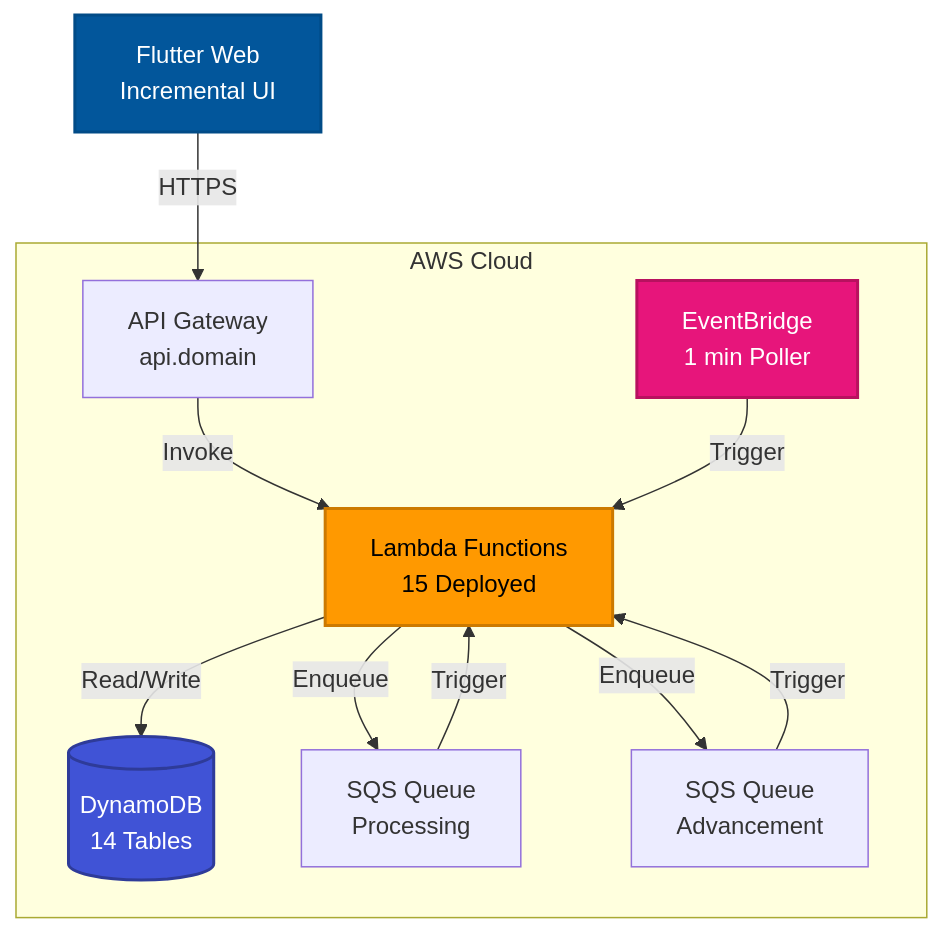
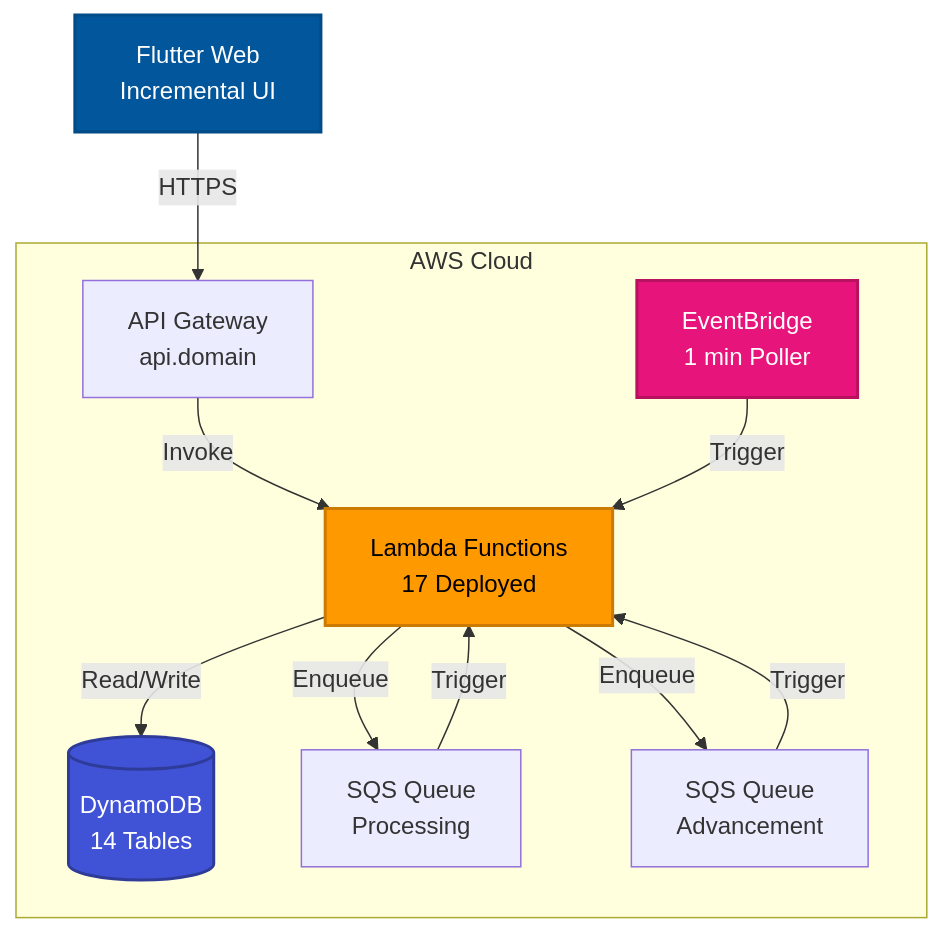
One commit to darkrelics/eidolon-engine changed the first of 7 diagrams in documentation/architecture.md. Above: the diagram before and after it, drawn with Mermaid. The commit also changed other lines of this file and 17 other files, not shown here.

````diff
--- a/documentation/architecture.md
+++ b/documentation/architecture.md
@@ -13,27 +13,27 @@
 ```mermaid
 graph TB
     Flutter[Flutter Web<br/>Incremental UI]
 
     subgraph "AWS Cloud"
         APIGW[API Gateway<br/>api.domain]
-        Lambda[Lambda Functions<br/>15 Deployed]
+        Lambda[Lambda Functions<br/>17 Deployed]
         DynamoDB[(DynamoDB<br/>14 Tables)]
         EventBridge[EventBridge<br/>1 min Poller]
         ProcessQ[SQS Queue<br/>Processing]
         AdvanceQ[SQS Queue<br/>Advancement]
     end
 
     Flutter -->|HTTPS| APIGW
     APIGW -->|Invoke| Lambda
     Lambda -->|Read/Write| DynamoDB
     Lambda -->|Enqueue| ProcessQ
     EventBridge -->|Trigger| Lambda
     Lambda -->|Enqueue| AdvanceQ
     ProcessQ -->|Trigger| Lambda
     AdvanceQ -->|Trigger| Lambda
 
     style Flutter fill:#02569B,stroke:#014B87,stroke-width:2px,color:#fff
     style Lambda fill:#FF9900,stroke:#CC7A00,stroke-width:2px,color:#000
     style DynamoDB fill:#4053D6,stroke:#2E3B99,stroke-width:2px,color:#fff
     style EventBridge fill:#E7157B,stroke:#B8115F,stroke-width:2px,color:#fff
 ```
````
